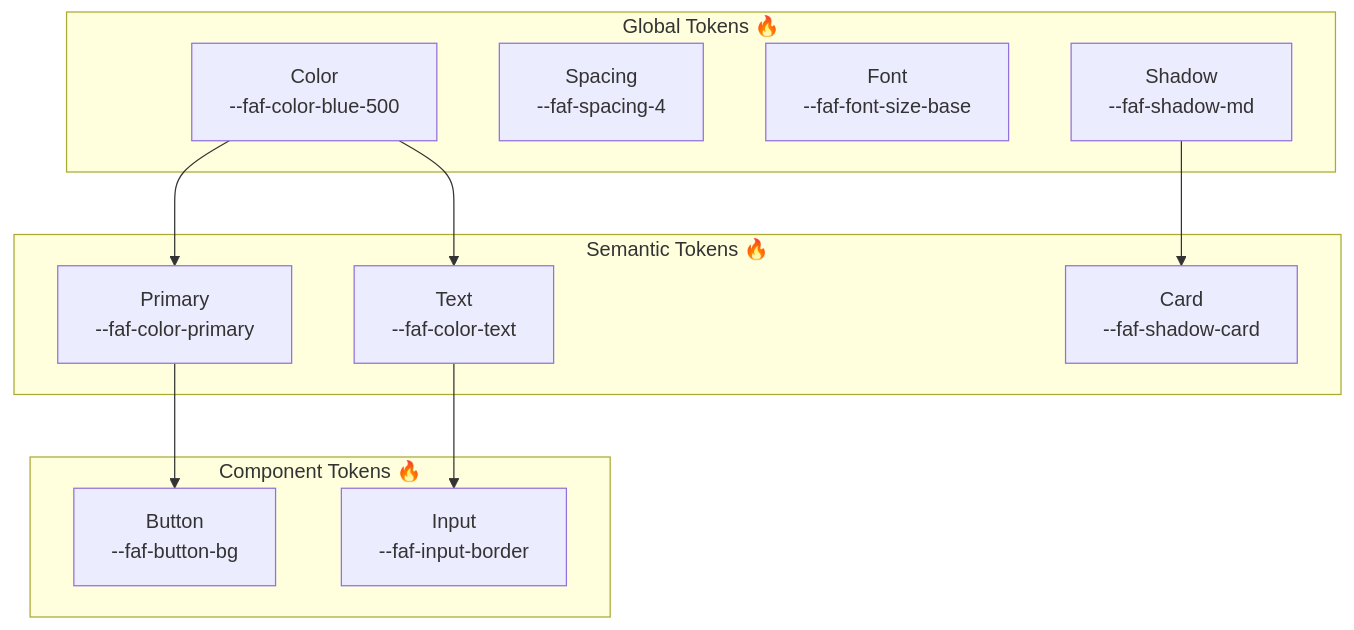
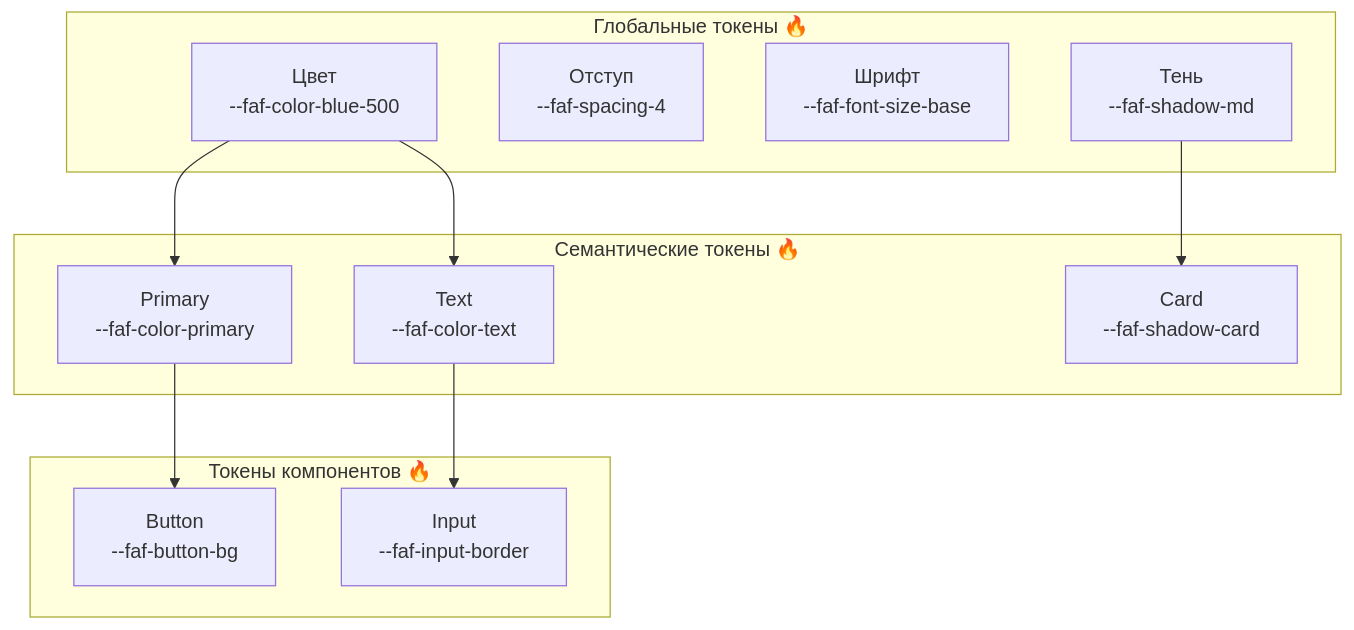
One commit to Kotrecon/faf-design-system changed the first of 4 diagrams in packages/foundations/README.ru.md. Above: the diagram before and after it, drawn with Mermaid. The commit also changed other lines of this file and 42 other files, not shown here.

````diff
--- a/packages/foundations/README.ru.md
+++ b/packages/foundations/README.ru.md
@@ -75,26 +93,26 @@
 ```mermaid
 flowchart TD
-    subgraph "Global Tokens 🔥"
-        COLOR[Color<br/>--faf-color-blue-500]
-        SPACE[Spacing<br/>--faf-spacing-4]
-        FONT[Font<br/>--faf-font-size-base]
-        SHADOW[Shadow<br/>--faf-shadow-md]
+    subgraph "Глобальные токены 🔥"
+        COLOR[Цвет<br/>--faf-color-blue-500]
+        SPACE[Отступ<br/>--faf-spacing-4]
+        FONT[Шрифт<br/>--faf-font-size-base]
+        SHADOW[Тень<br/>--faf-shadow-md]
     end
 
-    subgraph "Semantic Tokens 🔥"
+    subgraph "Семантические токены 🔥"
         PRIMARY[Primary<br/>--faf-color-primary]
         TEXT[Text<br/>--faf-color-text]
         CARD[Card<br/>--faf-shadow-card]
     end
 
-    subgraph "Component Tokens 🔥"
+    subgraph "Токены компонентов 🔥"
         BTN[Button<br/>--faf-button-bg]
         INPUT[Input<br/>--faf-input-border]
     end
 
     COLOR --> PRIMARY
     COLOR --> TEXT
     SHADOW --> CARD
     PRIMARY --> BTN
     TEXT --> INPUT
 ```
````
